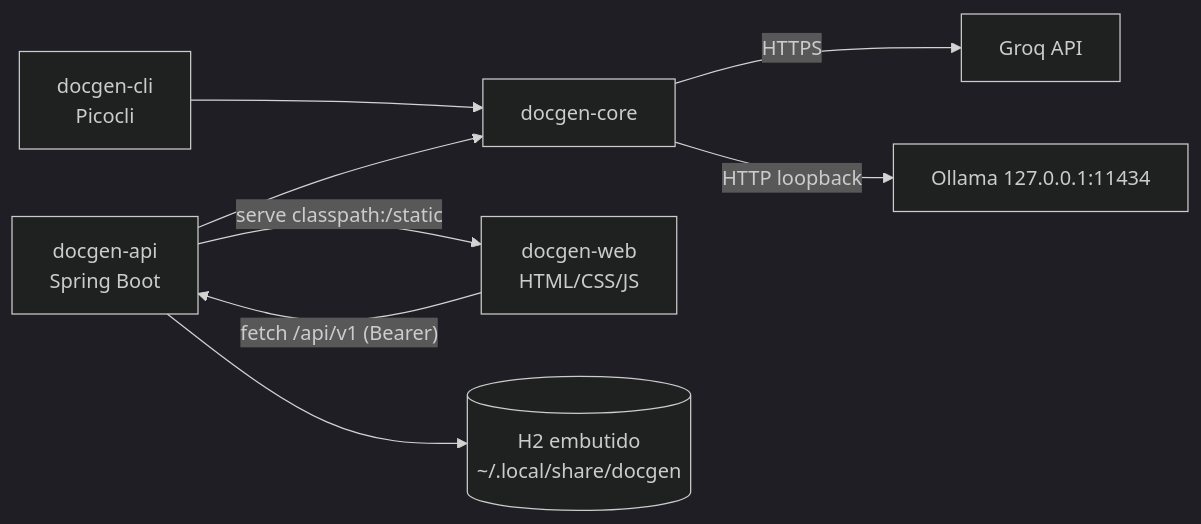
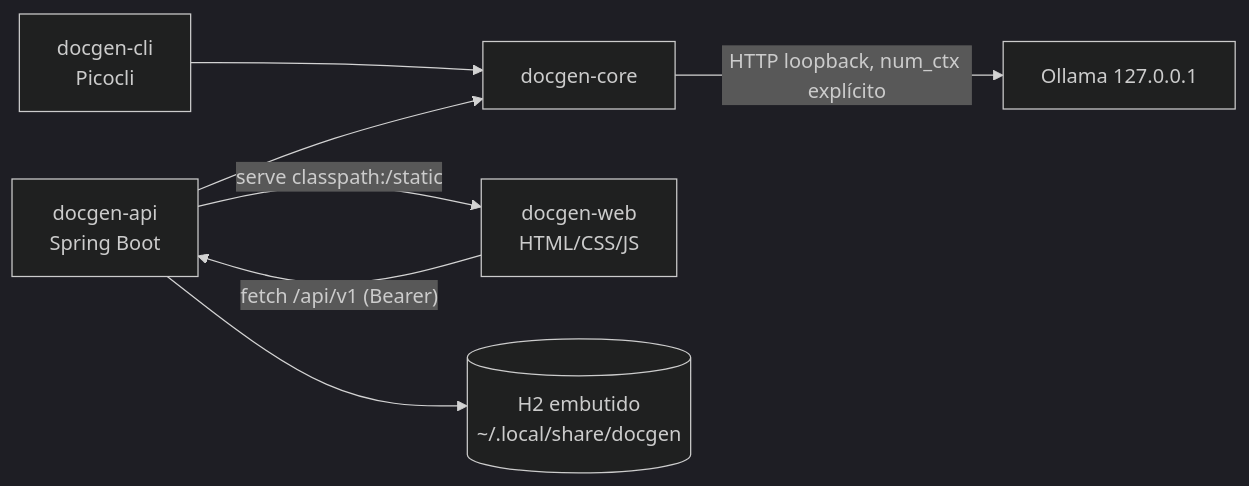
One commit to brunocorreia-dev/Docgen changed the first of 2 diagrams in ARCHITECTURE.md. Above: the diagram before and after it, drawn with Mermaid (dark theme). The commit also changed other lines of this file and 4 other files, not shown here.

````diff
--- a/ARCHITECTURE.md
+++ b/ARCHITECTURE.md
@@ -14,10 +14,9 @@
 ```mermaid
 flowchart LR
     CLI["docgen-cli<br/>Picocli"] --> CORE["docgen-core"]
     API["docgen-api<br/>Spring Boot"] --> CORE
     API -->|"serve classpath:/static"| WEB["docgen-web<br/>HTML/CSS/JS"]
     WEB -->|"fetch /api/v1 (Bearer)"| API
-    CORE -->|"HTTPS"| GROQ["Groq API"]
-    CORE -->|"HTTP loopback"| OLLAMA["Ollama 127.0.0.1:11434"]
+    CORE -->|"HTTP loopback, num_ctx explícito"| OLLAMA["Ollama 127.0.0.1"]
     API --> H2[("H2 embutido<br/>~/.local/share/docgen")]
 ```
````
